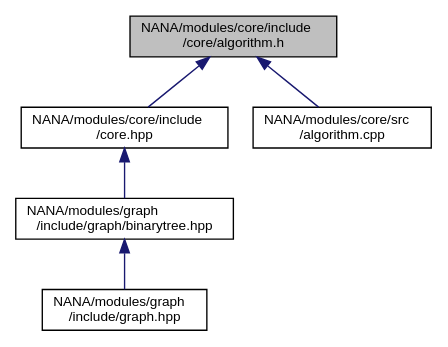
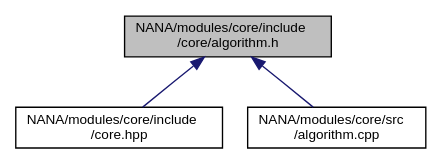
One commit to YuruTu/NANA changed the diagram in docs/algorithm_8h__dep__incl.dot. Above: the diagram before and after it, drawn with Graphviz. The commit also changed 80 other files, not shown here.

```diff
--- a/docs/algorithm_8h__dep__incl.dot
+++ b/docs/algorithm_8h__dep__incl.dot
@@ -1,15 +1,11 @@
 digraph "NANA/modules/core/include/core/algorithm.h"
 {
  // LATEX_PDF_SIZE
   edge [fontname="Helvetica",fontsize="10",labelfontname="Helvetica",labelfontsize="10"];
   node [fontname="Helvetica",fontsize="10",shape=record];
   Node1 [label="NANA/modules/core/include\l/core/algorithm.h",height=0.2,width=0.4,color="black", fillcolor="grey75", style="filled", fontcolor="black",tooltip="1.实现基类Algorithm"];
   Node1 -> Node2 [dir="back",color="midnightblue",fontsize="10",style="solid",fontname="Helvetica"];
   Node2 [label="NANA/modules/core/include\l/core.hpp",height=0.2,width=0.4,color="black", fillcolor="white", style="filled",URL="$core_8hpp.html",tooltip="包含基本的数据结构等"];
-  Node2 -> Node3 [dir="back",color="midnightblue",fontsize="10",style="solid",fontname="Helvetica"];
-  Node3 [label="NANA/modules/graph\l/include/graph/binarytree.hpp",height=0.2,width=0.4,color="black", fillcolor="white", style="filled",URL="$binarytree_8hpp.html",tooltip="实现二叉树的模板"];
-  Node3 -> Node4 [dir="back",color="midnightblue",fontsize="10",style="solid",fontname="Helvetica"];
-  Node4 [label="NANA/modules/graph\l/include/graph.hpp",height=0.2,width=0.4,color="black", fillcolor="white", style="filled",URL="$graph_8hpp.html",tooltip="实现图论相关算法"];
-  Node1 -> Node5 [dir="back",color="midnightblue",fontsize="10",style="solid",fontname="Helvetica"];
-  Node5 [label="NANA/modules/core/src\l/algorithm.cpp",height=0.2,width=0.4,color="black", fillcolor="white", style="filled",URL="$algorithm_8cpp_source.html",tooltip=" "];
+  Node1 -> Node3 [dir="back",color="midnightblue",fontsize="10",style="solid",fontname="Helvetica"];
+  Node3 [label="NANA/modules/core/src\l/algorithm.cpp",height=0.2,width=0.4,color="black", fillcolor="white", style="filled",URL="$algorithm_8cpp_source.html",tooltip=" "];
 }
```
